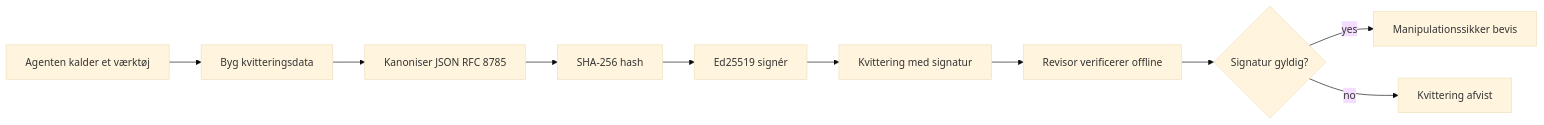
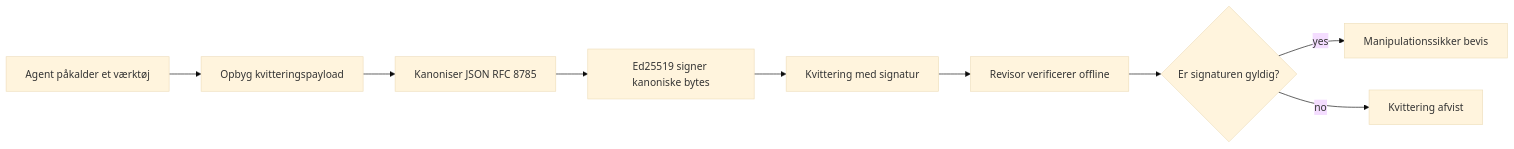
Before and after one commit to gabrielmoreira/agent-skills-mirror: the first of 2 diagrams in mirrors/repos/microsoft@ai-agents-for-beginners/translations/da/18-securing-ai-agents/README.md, drawn with Mermaid (base theme). The commit also changed other lines of this file and 4262 other files, not shown here.

````diff
--- a/mirrors/repos/microsoft@ai-agents-for-beginners/translations/da/18-securing-ai-agents/README.md
+++ b/mirrors/repos/microsoft@ai-agents-for-beginners/translations/da/18-securing-ai-agents/README.md
@@ -51,12 +51,11 @@
 ```mermaid
 flowchart LR
-    A[Agenten kalder et værktøj] --> B[Byg kvitteringsdata]
+    A[Agent påkalder et værktøj] --> B[Opbyg kvitteringspayload]
     B --> C[Kanoniser JSON RFC 8785]
-    C --> D[SHA-256 hash]
-    D --> E[Ed25519 signér]
+    C --> E[Ed25519 signer kanoniske bytes]
     E --> F[Kvittering med signatur]
     F --> G[Revisor verificerer offline]
-    G --> H{Signatur gyldig?}
+    G --> H{Er signaturen gyldig?}
     H -- yes --> I[Manipulationssikker bevis]
     H -- no --> J[Kvittering afvist]
 ```
````
